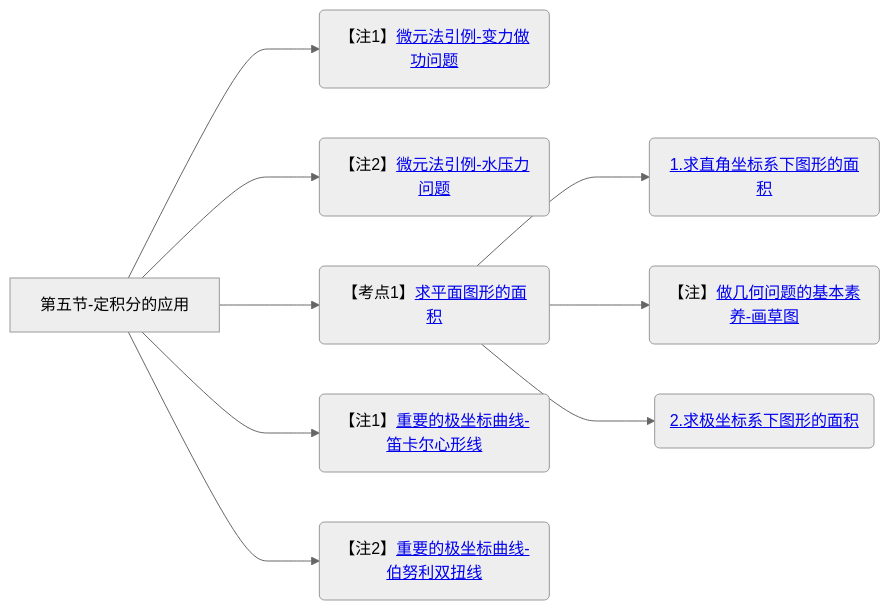
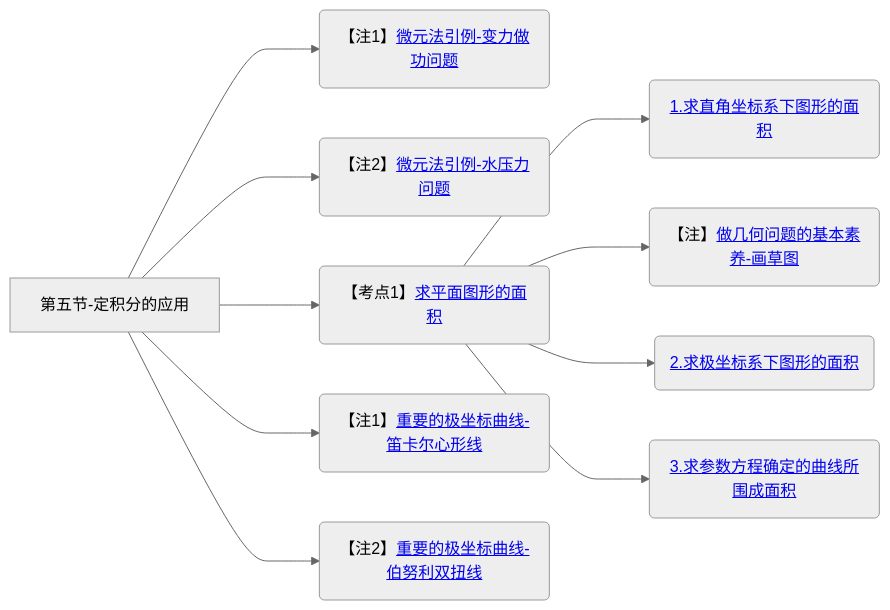
One commit to yuebinghui/note changed diagram 23 of 23 in 笔记/数学/周洋鑫/01.基础班思维导图.md. Above: the diagram before and after it, drawn with Mermaid (neutral theme). The commit also changed 4 other files, not shown here.

````diff
--- a/笔记/数学/周洋鑫/01.基础班思维导图.md
+++ b/笔记/数学/周洋鑫/01.基础班思维导图.md
@@ -811,14 +811,16 @@
 ```mermaid
 graph LR
 第五节-定积分的应用
 
 第五节-定积分的应用--->微元法引例-变力做功问题(【注1】<a href="/Users/yuebinghui/Documents/program/github/note/笔记/数学/周洋鑫/基础班/26.微分方程_1.md#微元法引例-变力做功问题">微元法引例-变力做功问题</>)
 第五节-定积分的应用--->微元法引例-水压力问题(【注2】<a href="/Users/yuebinghui/Documents/program/github/note/笔记/数学/周洋鑫/基础班/26.微分方程_1.md#微元法引例-水压力问题">微元法引例-水压力问题</>)
 第五节-定积分的应用--->求平面图形的面积(【考点1】<a href="/Users/yuebinghui/Documents/program/github/note/笔记/数学/周洋鑫/基础班/26.微分方程_1.md#求平面图形的面积">求平面图形的面积</>)
 求平面图形的面积--->1.求直角坐标系下图形的面积(<a href="/Users/yuebinghui/Documents/program/github/note/笔记/数学/周洋鑫/基础班/26.微分方程_1.md#1.求直角坐标系下图形的面积">1.求直角坐标系下图形的面积</>)
 求平面图形的面积--->做几何问题的基本素养-画草图(【注】<a href="/Users/yuebinghui/Documents/program/github/note/笔记/数学/周洋鑫/基础班/26.微分方程_1.md#做几何问题的基本素养-画草图">做几何问题的基本素养-画草图</>)
 求平面图形的面积--->求极坐标系下图形的面积(<a href="/Users/yuebinghui/Documents/program/github/note/笔记/数学/周洋鑫/基础班/26.微分方程_1.md#求极坐标系下图形的面积">2.求极坐标系下图形的面积</>)
 
 第五节-定积分的应用--->重要的极坐标曲线-笛卡尔心形线(【注1】<a href="/Users/yuebinghui/Documents/program/github/note/笔记/数学/周洋鑫/基础班/26.微分方程_1.md#重要的极坐标曲线-笛卡尔心形线">重要的极坐标曲线-笛卡尔心形线</>)
 第五节-定积分的应用--->重要的极坐标曲线-伯努利双扭线(【注2】<a href="/Users/yuebinghui/Documents/program/github/note/笔记/数学/周洋鑫/基础班/26.微分方程_1.md#重要的极坐标曲线-伯努利双扭线">重要的极坐标曲线-伯努利双扭线</>)
+
+求平面图形的面积--->3.求参数方程确定的曲线所围成面积(<a href="/Users/yuebinghui/Documents/program/github/note/笔记/数学/周洋鑫/基础班/26.微分方程_1.md#3.求参数方程确定的曲线所围成面积">3.求参数方程确定的曲线所围成面积</>)
 ```
````
